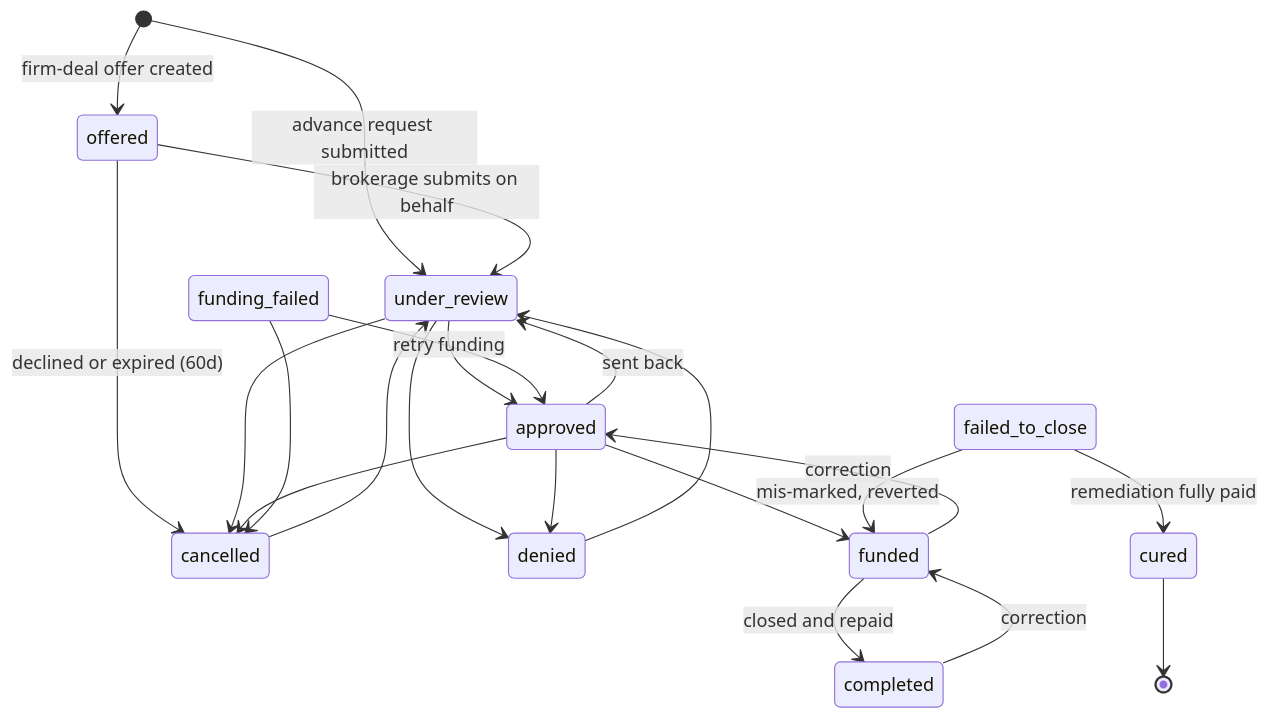
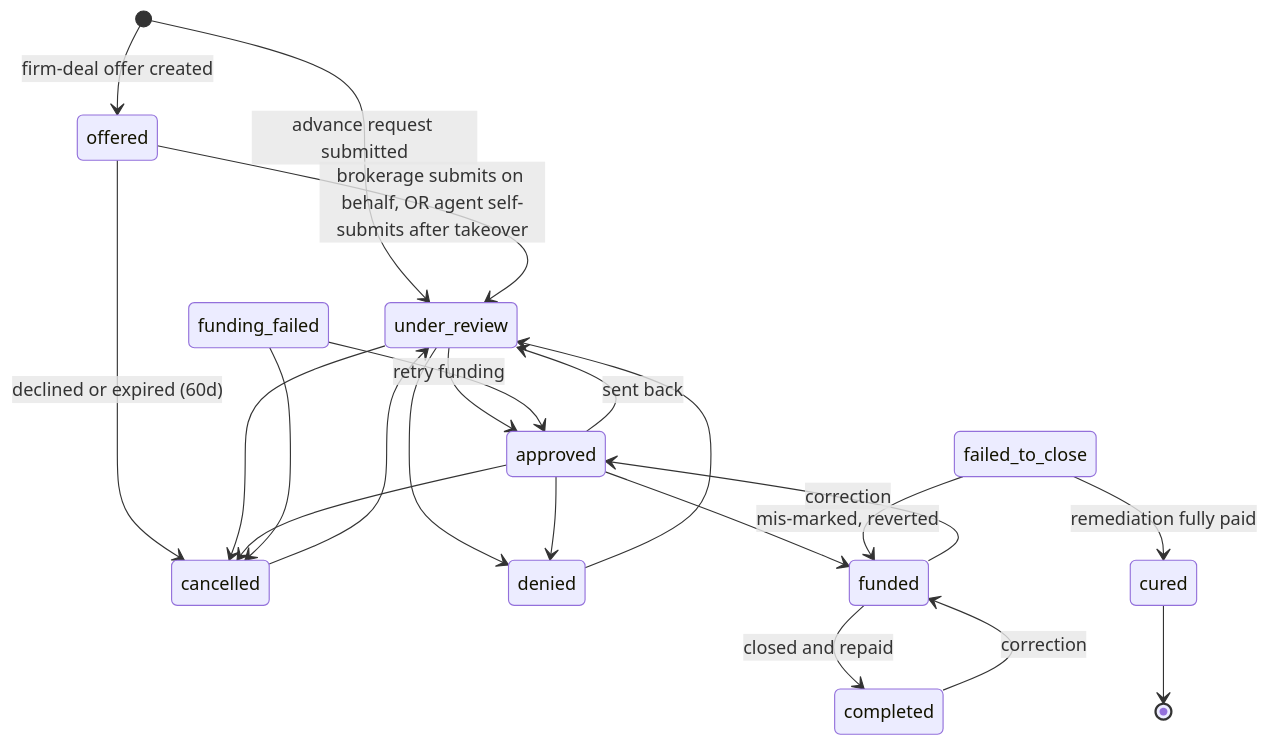
Before and after one commit to homefoliomarketing/firm-funds: the diagram in docs/business/deal-lifecycle.md, drawn with Mermaid. The commit also changed other lines of this file and 19 other files, not shown here.

First line of the commit message:
Fix firm-deal emails, white-label portal logos, and agent self-submit flow

````diff
--- a/docs/business/deal-lifecycle.md
+++ b/docs/business/deal-lifecycle.md
@@ -28,32 +28,32 @@
 ```mermaid
 stateDiagram-v2
     [*] --> offered: firm-deal offer created
     [*] --> under_review: advance request submitted
 
-    offered --> under_review: brokerage submits on behalf
+    offered --> under_review: brokerage submits on behalf, OR agent self-submits after takeover
     offered --> cancelled: declined or expired (60d)
 
     under_review --> approved
     under_review --> denied
     under_review --> cancelled
 
     approved --> funded
     approved --> denied
     approved --> cancelled
     approved --> under_review: sent back
 
     funded --> completed: closed and repaid
     funded --> approved: correction
 
     funding_failed --> approved: retry funding
     funding_failed --> cancelled
 
     failed_to_close --> cured: remediation fully paid
     failed_to_close --> funded: mis-marked, reverted
 
     denied --> under_review
     cancelled --> under_review
     completed --> funded: correction
 
     cured --> [*]
 ```
````
